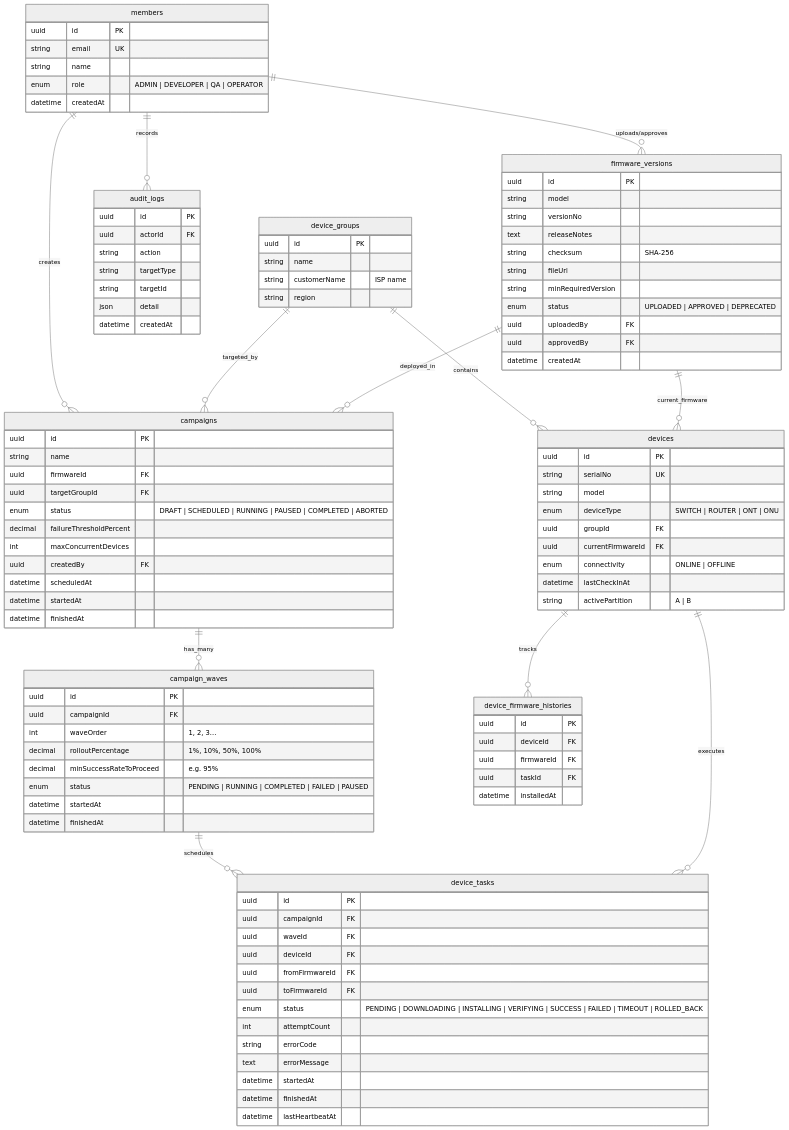
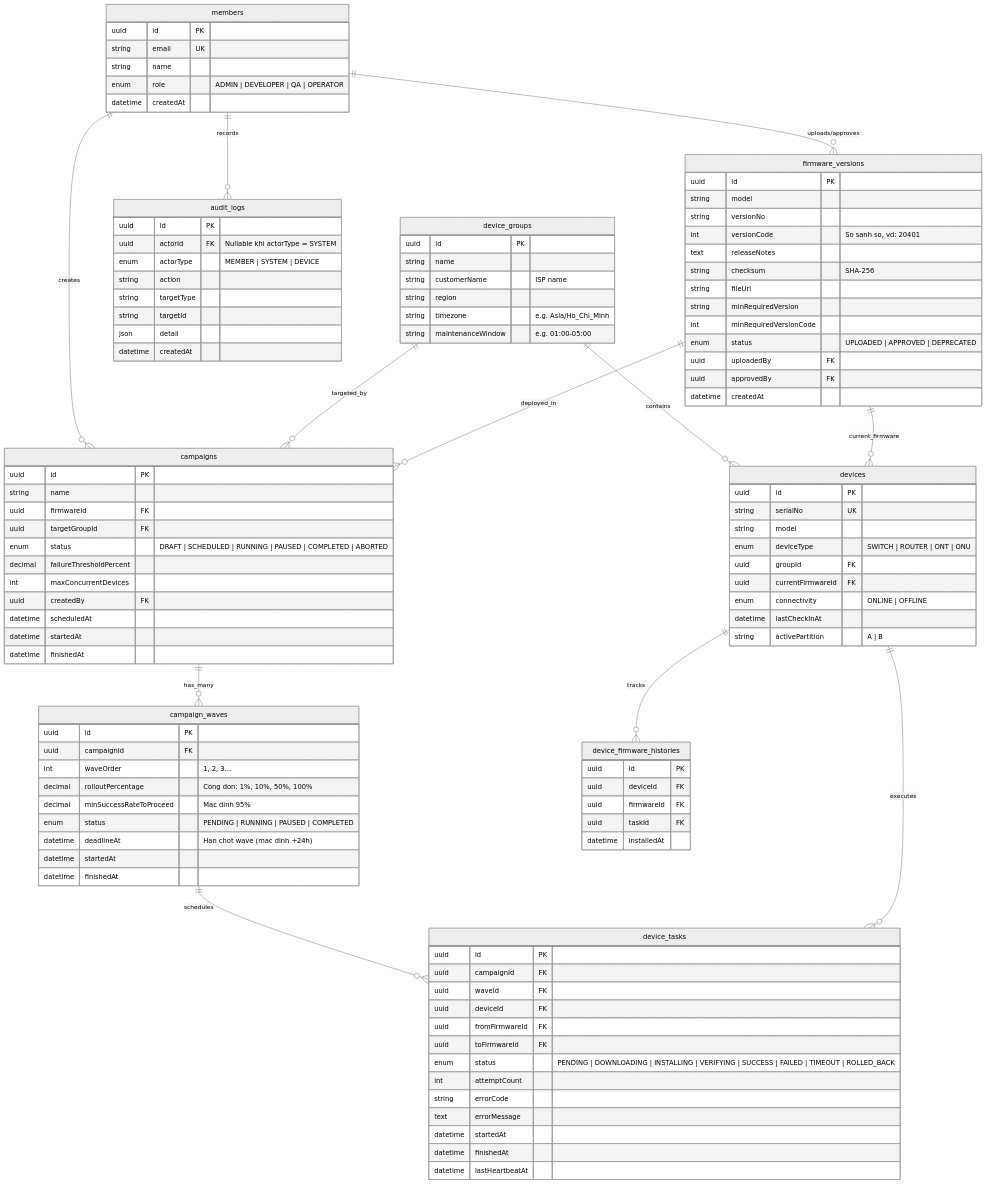
Before and after one commit to tranvan100405-max/KitsNhom5_Dasan: the first of 3 diagrams in DASAN_OJT1_System_Design_Specification.md, drawn with Mermaid (neutral theme). The commit also changed other lines of this file and 35 other files, not shown here.

Commit message:
Update system design docs, role assignments, diagrams, and speckit config

```diff
--- a/DASAN_OJT1_System_Design_Specification.md
+++ b/DASAN_OJT1_System_Design_Specification.md
@@ -48,6 +48,8 @@
         string name
         string customerName "ISP name"
         string region
+        string timezone "e.g. Asia/Ho_Chi_Minh"
+        string maintenanceWindow "e.g. 01:00-05:00"
     }
 
     devices {
@@ -66,10 +68,12 @@
         uuid id PK
         string model
         string versionNo
+        int versionCode "So sanh so, vd: 20401"
         text releaseNotes
         string checksum "SHA-256"
         string fileUrl
         string minRequiredVersion
+        int minRequiredVersionCode
         enum status "UPLOADED | APPROVED | DEPRECATED"
         uuid uploadedBy FK
         uuid approvedBy FK
@@ -94,9 +98,10 @@
         uuid id PK
         uuid campaignId FK
         int waveOrder "1, 2, 3..."
-        decimal rolloutPercentage "1%, 10%, 50%, 100%"
-        decimal minSuccessRateToProceed "e.g. 95%"
-        enum status "PENDING | RUNNING | COMPLETED | FAILED | PAUSED"
+        decimal rolloutPercentage "Cong don: 1%, 10%, 50%, 100%"
+        decimal minSuccessRateToProceed "Mac dinh 95%"
+        enum status "PENDING | RUNNING | PAUSED | COMPLETED"
+        datetime deadlineAt "Han chot wave (mac dinh +24h)"
         datetime startedAt
         datetime finishedAt
     }
@@ -127,7 +132,8 @@
 
     audit_logs {
         uuid id PK
-        uuid actorId FK
+        uuid actorId FK "Nullable khi actorType = SYSTEM"
+        enum actorType "MEMBER | SYSTEM | DEVICE"
         string action
         string targetType
         string targetId
```
